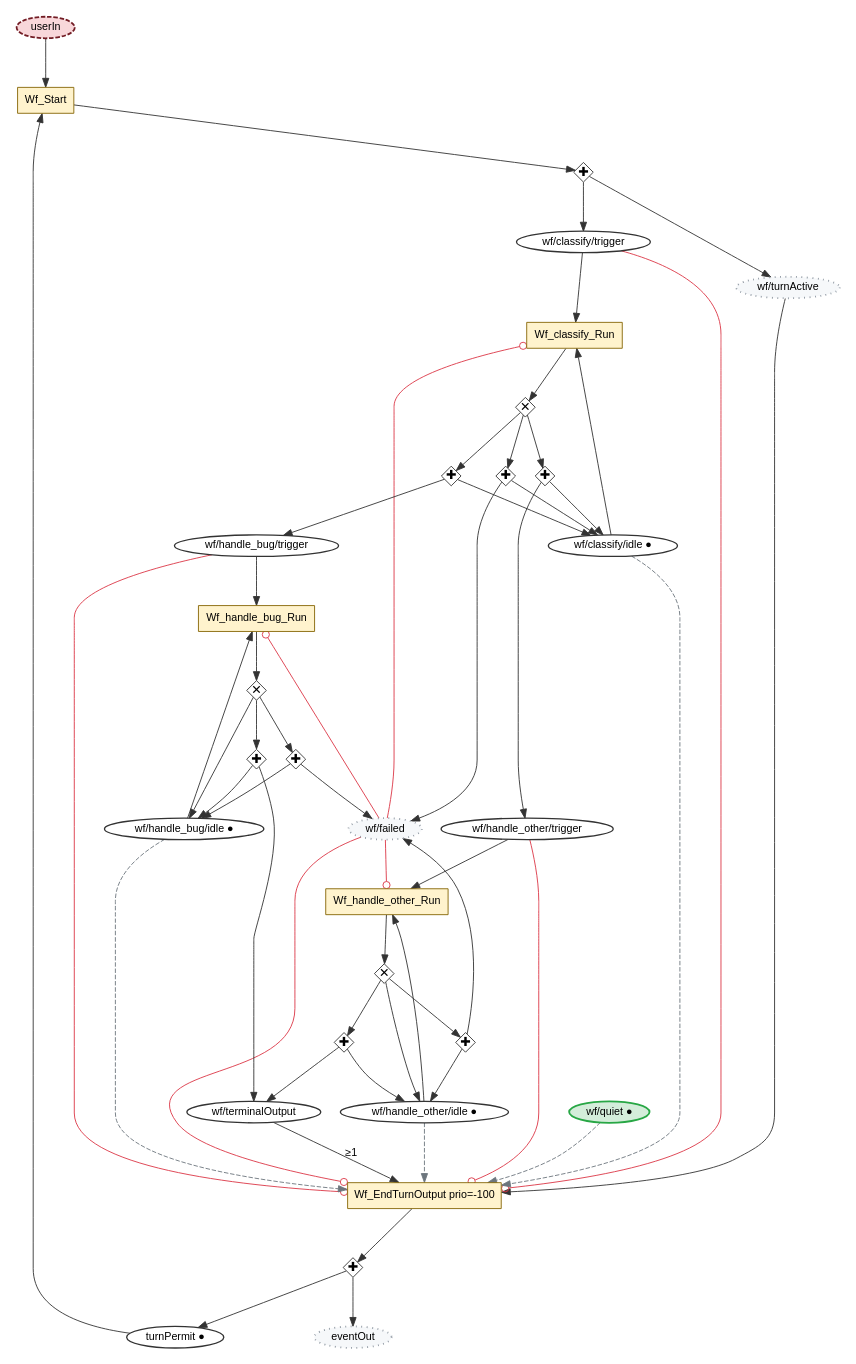
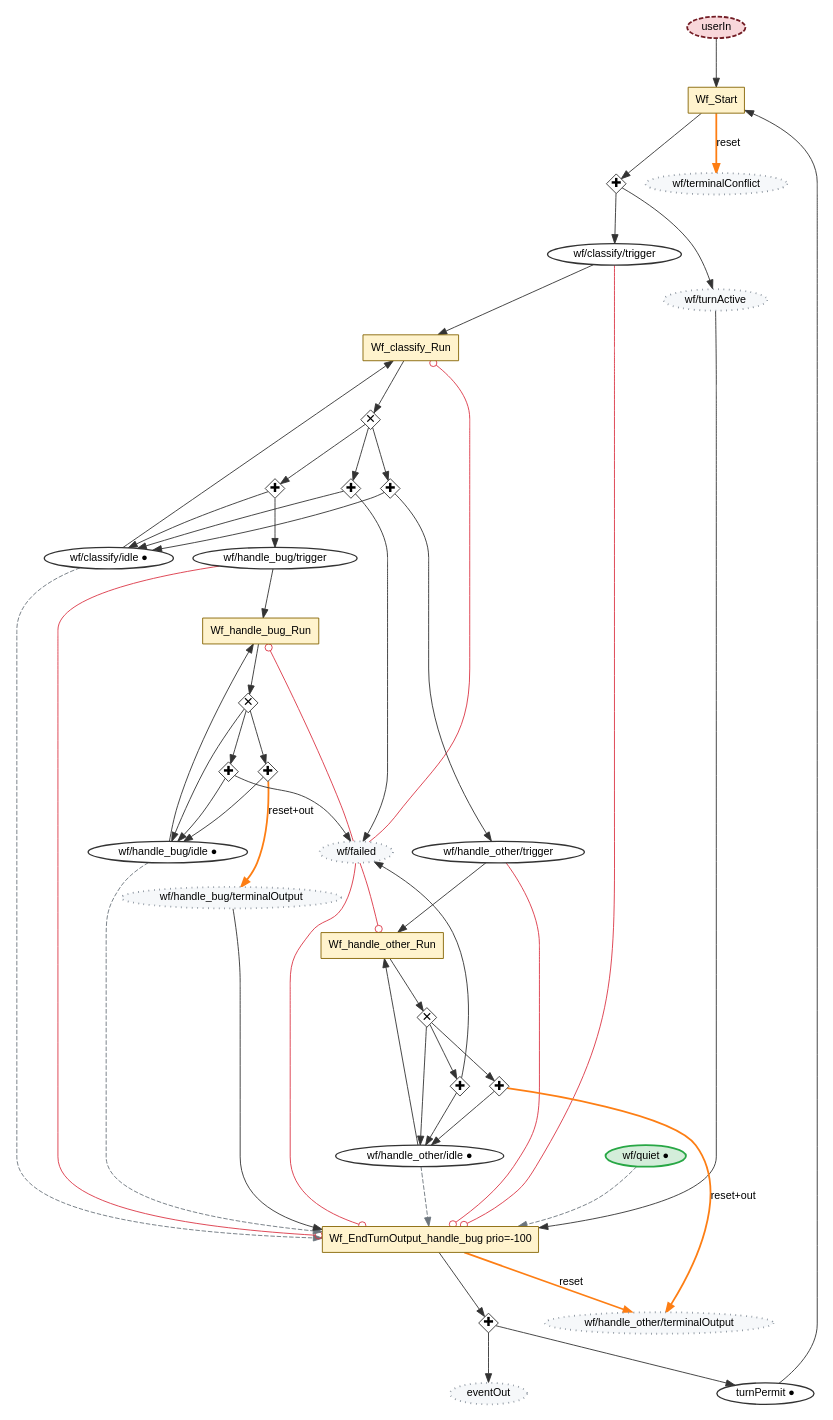
The diagram in docs/diagrams/dot/workflow-router.dot (debe/adk-libpetri), drawn with Graphviz before and after one commit. The commit also changed 101 other files, not shown here.

```diff
--- a/docs/diagrams/dot/workflow-router.dot
+++ b/docs/diagrams/dot/workflow-router.dot
@@ -19,20 +19,22 @@
     p_turnPermit [label="turnPermit ●", shape="ellipse", style="filled", fillcolor="#FFFFFF", color="#333333", penwidth=1.5, height=0.3, width=0.3, fixedsize="false", margin="0.08,0.03"];
     p_wf_turnActive [label="wf/turnActive", shape="ellipse", style="filled,dotted", fillcolor="#f6f8fa", color="#8c959f", penwidth=2, height=0.3, width=0.3, fixedsize="false", margin="0.08,0.03"];
     p_wf_classify_trigger [label="wf/classify/trigger", shape="ellipse", style="filled", fillcolor="#FFFFFF", color="#333333", penwidth=1.5, height=0.3, width=0.3, fixedsize="false", margin="0.08,0.03"];
+    p_wf_terminalConflict [label="wf/terminalConflict", shape="ellipse", style="filled,dotted", fillcolor="#f6f8fa", color="#8c959f", penwidth=2, height=0.3, width=0.3, fixedsize="false", margin="0.08,0.03"];
     p_wf_classify_idle [label="wf/classify/idle ●", shape="ellipse", style="filled", fillcolor="#FFFFFF", color="#333333", penwidth=1.5, height=0.3, width=0.3, fixedsize="false", margin="0.08,0.03"];
     p_wf_handle_bug_trigger [label="wf/handle_bug/trigger", shape="ellipse", style="filled", fillcolor="#FFFFFF", color="#333333", penwidth=1.5, height=0.3, width=0.3, fixedsize="false", margin="0.08,0.03"];
     p_wf_handle_other_trigger [label="wf/handle_other/trigger", shape="ellipse", style="filled", fillcolor="#FFFFFF", color="#333333", penwidth=1.5, height=0.3, width=0.3, fixedsize="false", margin="0.08,0.03"];
     p_wf_failed [label="wf/failed", shape="ellipse", style="filled,dotted", fillcolor="#f6f8fa", color="#8c959f", penwidth=2, height=0.3, width=0.3, fixedsize="false", margin="0.08,0.03"];
     p_wf_handle_bug_idle [label="wf/handle_bug/idle ●", shape="ellipse", style="filled", fillcolor="#FFFFFF", color="#333333", penwidth=1.5, height=0.3, width=0.3, fixedsize="false", margin="0.08,0.03"];
-    p_wf_terminalOutput [label="wf/terminalOutput", shape="ellipse", style="filled", fillcolor="#FFFFFF", color="#333333", penwidth=1.5, height=0.3, width=0.3, fixedsize="false", margin="0.08,0.03"];
+    p_wf_handle_bug_terminalOutput [label="wf/handle_bug/terminalOutput", shape="ellipse", style="filled,dotted", fillcolor="#f6f8fa", color="#8c959f", penwidth=2, height=0.3, width=0.3, fixedsize="false", margin="0.08,0.03"];
     p_wf_handle_other_idle [label="wf/handle_other/idle ●", shape="ellipse", style="filled", fillcolor="#FFFFFF", color="#333333", penwidth=1.5, height=0.3, width=0.3, fixedsize="false", margin="0.08,0.03"];
+    p_wf_handle_other_terminalOutput [label="wf/handle_other/terminalOutput", shape="ellipse", style="filled,dotted", fillcolor="#f6f8fa", color="#8c959f", penwidth=2, height=0.3, width=0.3, fixedsize="false", margin="0.08,0.03"];
     p_eventOut [label="eventOut", shape="ellipse", style="filled,dotted", fillcolor="#f6f8fa", color="#8c959f", penwidth=2, height=0.3, width=0.3, fixedsize="false", margin="0.08,0.03"];
     p_wf_quiet [label="wf/quiet ●", shape="ellipse", style="filled", fillcolor="#d4edda", color="#28a745", penwidth=2, height=0.3, width=0.3, fixedsize="false", margin="0.08,0.03"];
     t_Wf_Start [label="Wf_Start", shape="box", style="filled", fillcolor="#fff3cd", color="#856404", penwidth=1, height=0.4, width=0.8];
     t_Wf_classify_Run [label="Wf_classify_Run", shape="box", style="filled", fillcolor="#fff3cd", color="#856404", penwidth=1, height=0.4, width=0.8];
     t_Wf_handle_bug_Run [label="Wf_handle_bug_Run", shape="box", style="filled", fillcolor="#fff3cd", color="#856404", penwidth=1, height=0.4, width=0.8];
     t_Wf_handle_other_Run [label="Wf_handle_other_Run", shape="box", style="filled", fillcolor="#fff3cd", color="#856404", penwidth=1, height=0.4, width=0.8];
-    t_Wf_EndTurnOutput [label="Wf_EndTurnOutput prio=-100", shape="box", style="filled", fillcolor="#fff3cd", color="#856404", penwidth=1, height=0.4, width=0.8];
+    t_Wf_EndTurnOutput_handle_bug [label="Wf_EndTurnOutput_handle_bug prio=-100", shape="box", style="filled", fillcolor="#fff3cd", color="#856404", penwidth=1, height=0.4, width=0.8];
     j_Wf_Start__and_0 [label="✚", shape="diamond", style="filled", fillcolor="#FFFFFF", color="#333333", penwidth=1, height=0.3, width=0.3, fixedsize="true", fontsize=14];
     j_Wf_classify_Run__xor_0 [label="✕", shape="diamond", style="filled", fillcolor="#FFFFFF", color="#333333", penwidth=1, height=0.3, width=0.3, fixedsize="true", fontsize=14];
     j_Wf_classify_Run__and_1 [label="✚", shape="diamond", style="filled", fillcolor="#FFFFFF", color="#333333", penwidth=1, height=0.3, width=0.3, fixedsize="true", fontsize=14];
@@ -44,13 +46,14 @@
     j_Wf_handle_other_Run__xor_0 [label="✕", shape="diamond", style="filled", fillcolor="#FFFFFF", color="#333333", penwidth=1, height=0.3, width=0.3, fixedsize="true", fontsize=14];
     j_Wf_handle_other_Run__and_1 [label="✚", shape="diamond", style="filled", fillcolor="#FFFFFF", color="#333333", penwidth=1, height=0.3, width=0.3, fixedsize="true", fontsize=14];
     j_Wf_handle_other_Run__and_2 [label="✚", shape="diamond", style="filled", fillcolor="#FFFFFF", color="#333333", penwidth=1, height=0.3, width=0.3, fixedsize="true", fontsize=14];
-    j_Wf_EndTurnOutput__and_0 [label="✚", shape="diamond", style="filled", fillcolor="#FFFFFF", color="#333333", penwidth=1, height=0.3, width=0.3, fixedsize="true", fontsize=14];
+    j_Wf_EndTurnOutput_handle_bug__and_0 [label="✚", shape="diamond", style="filled", fillcolor="#FFFFFF", color="#333333", penwidth=1, height=0.3, width=0.3, fixedsize="true", fontsize=14];
 
     p_userIn -> t_Wf_Start [color="#333333", style="solid", arrowhead="normal"];
     p_turnPermit -> t_Wf_Start [color="#333333", style="solid", arrowhead="normal"];
     t_Wf_Start -> j_Wf_Start__and_0 [color="#333333", style="solid", arrowhead="normal"];
     j_Wf_Start__and_0 -> p_wf_turnActive [color="#333333", style="solid", arrowhead="normal"];
     j_Wf_Start__and_0 -> p_wf_classify_trigger [color="#333333", style="solid", arrowhead="normal"];
+    t_Wf_Start -> p_wf_terminalConflict [color="#fd7e14", style="bold", arrowhead="normal", label="reset", penwidth=2];
     p_wf_classify_trigger -> t_Wf_classify_Run [color="#333333", style="solid", arrowhead="normal"];
     p_wf_classify_idle -> t_Wf_classify_Run [color="#333333", style="solid", arrowhead="normal"];
     t_Wf_classify_Run -> j_Wf_classify_Run__xor_0 [color="#333333", style="solid", arrowhead="normal"];
@@ -69,7 +72,7 @@
     t_Wf_handle_bug_Run -> j_Wf_handle_bug_Run__xor_0 [color="#333333", style="solid", arrowhead="normal"];
     j_Wf_handle_bug_Run__xor_0 -> j_Wf_handle_bug_Run__and_1 [color="#333333", style="solid", arrowhead="normal"];
     j_Wf_handle_bug_Run__and_1 -> p_wf_handle_bug_idle [color="#333333", style="solid", arrowhead="normal"];
-    j_Wf_handle_bug_Run__and_1 -> p_wf_terminalOutput [color="#333333", style="solid", arrowhead="normal"];
+    j_Wf_handle_bug_Run__and_1 -> p_wf_handle_bug_terminalOutput [color="#fd7e14", style="bold", arrowhead="normal", label="reset+out", penwidth=2];
     j_Wf_handle_bug_Run__xor_0 -> p_wf_handle_bug_idle [color="#333333", style="solid", arrowhead="normal"];
     j_Wf_handle_bug_Run__xor_0 -> j_Wf_handle_bug_Run__and_2 [color="#333333", style="solid", arrowhead="normal"];
     j_Wf_handle_bug_Run__and_2 -> p_wf_handle_bug_idle [color="#333333", style="solid", arrowhead="normal"];
@@ -80,23 +83,24 @@
     t_Wf_handle_other_Run -> j_Wf_handle_other_Run__xor_0 [color="#333333", style="solid", arrowhead="normal"];
     j_Wf_handle_other_Run__xor_0 -> j_Wf_handle_other_Run__and_1 [color="#333333", style="solid", arrowhead="normal"];
     j_Wf_handle_other_Run__and_1 -> p_wf_handle_other_idle [color="#333333", style="solid", arrowhead="normal"];
-    j_Wf_handle_other_Run__and_1 -> p_wf_terminalOutput [color="#333333", style="solid", arrowhead="normal"];
+    j_Wf_handle_other_Run__and_1 -> p_wf_handle_other_terminalOutput [color="#fd7e14", style="bold", arrowhead="normal", label="reset+out", penwidth=2];
     j_Wf_handle_other_Run__xor_0 -> p_wf_handle_other_idle [color="#333333", style="solid", arrowhead="normal"];
     j_Wf_handle_other_Run__xor_0 -> j_Wf_handle_other_Run__and_2 [color="#333333", style="solid", arrowhead="normal"];
     j_Wf_handle_other_Run__and_2 -> p_wf_handle_other_idle [color="#333333", style="solid", arrowhead="normal"];
     j_Wf_handle_other_Run__and_2 -> p_wf_failed [color="#333333", style="solid", arrowhead="normal"];
     p_wf_failed -> t_Wf_handle_other_Run [color="#dc3545", style="solid", arrowhead="odot"];
-    p_wf_turnActive -> t_Wf_EndTurnOutput [color="#333333", style="solid", arrowhead="normal"];
-    p_wf_terminalOutput -> t_Wf_EndTurnOutput [color="#333333", style="solid", arrowhead="normal", label="≥1"];
-    t_Wf_EndTurnOutput -> j_Wf_EndTurnOutput__and_0 [color="#333333", style="solid", arrowhead="normal"];
-    j_Wf_EndTurnOutput__and_0 -> p_eventOut [color="#333333", style="solid", arrowhead="normal"];
-    j_Wf_EndTurnOutput__and_0 -> p_turnPermit [color="#333333", style="solid", arrowhead="normal"];
-    p_wf_classify_trigger -> t_Wf_EndTurnOutput [color="#dc3545", style="solid", arrowhead="odot"];
-    p_wf_handle_bug_trigger -> t_Wf_EndTurnOutput [color="#dc3545", style="solid", arrowhead="odot"];
-    p_wf_handle_other_trigger -> t_Wf_EndTurnOutput [color="#dc3545", style="solid", arrowhead="odot"];
-    p_wf_failed -> t_Wf_EndTurnOutput [color="#dc3545", style="solid", arrowhead="odot"];
-    p_wf_quiet -> t_Wf_EndTurnOutput [color="#6c757d", style="dashed", arrowhead="normal"];
-    p_wf_classify_idle -> t_Wf_EndTurnOutput [color="#6c757d", style="dashed", arrowhead="normal"];
-    p_wf_handle_bug_idle -> t_Wf_EndTurnOutput [color="#6c757d", style="dashed", arrowhead="normal"];
-    p_wf_handle_other_idle -> t_Wf_EndTurnOutput [color="#6c757d", style="dashed", arrowhead="normal"];
+    p_wf_turnActive -> t_Wf_EndTurnOutput_handle_bug [color="#333333", style="solid", arrowhead="normal"];
+    p_wf_handle_bug_terminalOutput -> t_Wf_EndTurnOutput_handle_bug [color="#333333", style="solid", arrowhead="normal"];
+    t_Wf_EndTurnOutput_handle_bug -> j_Wf_EndTurnOutput_handle_bug__and_0 [color="#333333", style="solid", arrowhead="normal"];
+    j_Wf_EndTurnOutput_handle_bug__and_0 -> p_eventOut [color="#333333", style="solid", arrowhead="normal"];
+    j_Wf_EndTurnOutput_handle_bug__and_0 -> p_turnPermit [color="#333333", style="solid", arrowhead="normal"];
+    p_wf_classify_trigger -> t_Wf_EndTurnOutput_handle_bug [color="#dc3545", style="solid", arrowhead="odot"];
+    p_wf_handle_bug_trigger -> t_Wf_EndTurnOutput_handle_bug [color="#dc3545", style="solid", arrowhead="odot"];
+    p_wf_handle_other_trigger -> t_Wf_EndTurnOutput_handle_bug [color="#dc3545", style="solid", arrowhead="odot"];
+    p_wf_failed -> t_Wf_EndTurnOutput_handle_bug [color="#dc3545", style="solid", arrowhead="odot"];
+    p_wf_quiet -> t_Wf_EndTurnOutput_handle_bug [color="#6c757d", style="dashed", arrowhead="normal"];
+    p_wf_classify_idle -> t_Wf_EndTurnOutput_handle_bug [color="#6c757d", style="dashed", arrowhead="normal"];
+    p_wf_handle_bug_idle -> t_Wf_EndTurnOutput_handle_bug [color="#6c757d", style="dashed", arrowhead="normal"];
+    p_wf_handle_other_idle -> t_Wf_EndTurnOutput_handle_bug [color="#6c757d", style="dashed", arrowhead="normal"];
+    t_Wf_EndTurnOutput_handle_bug -> p_wf_handle_other_terminalOutput [color="#fd7e14", style="bold", arrowhead="normal", label="reset", penwidth=2];
 }
```
